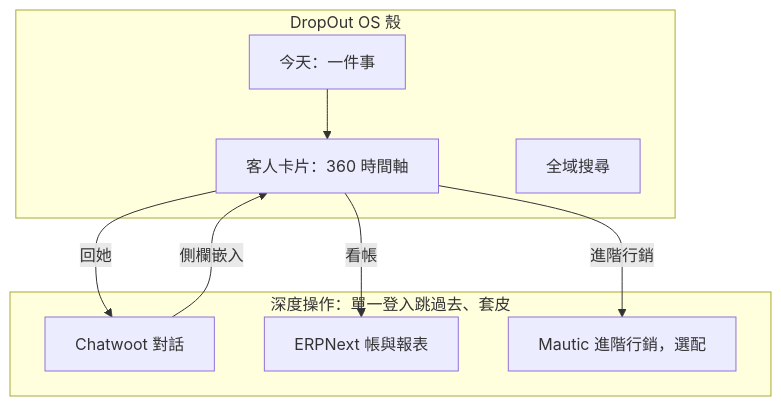
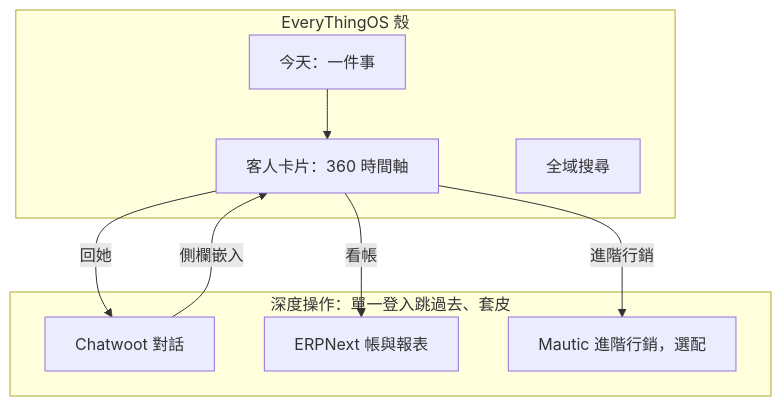
The first of 3 diagrams in docs/PLATFORM-INTEGRATION.md (dropout-tech/EveryThingOS), drawn with Mermaid before and after one commit. The commit also changed 75 other files, not shown here.

Commit message:
Rename the product to EveryThingOS; the company and domain stay DropOut

````diff
--- a/docs/PLATFORM-INTEGRATION.md
+++ b/docs/PLATFORM-INTEGRATION.md
@@ -77,18 +77,18 @@
 ```mermaid
 flowchart TB
-  subgraph shell [DropOut OS 殼]
+  subgraph shell [EveryThingOS 殼]
     Today[今天：一件事]
     Card[客人卡片：360 時間軸]
     Search[全域搜尋]
   end
   subgraph deep [深度操作：單一登入跳過去、套皮]
     CW[Chatwoot 對話]
     EN[ERPNext 帳與報表]
     MT[Mautic 進階行銷，選配]
   end
   Today --> Card
   Card -->|回她| CW
   Card -->|看帳| EN
   Card -->|進階行銷| MT
   CW -->|側欄嵌入| Card
 ```
````
